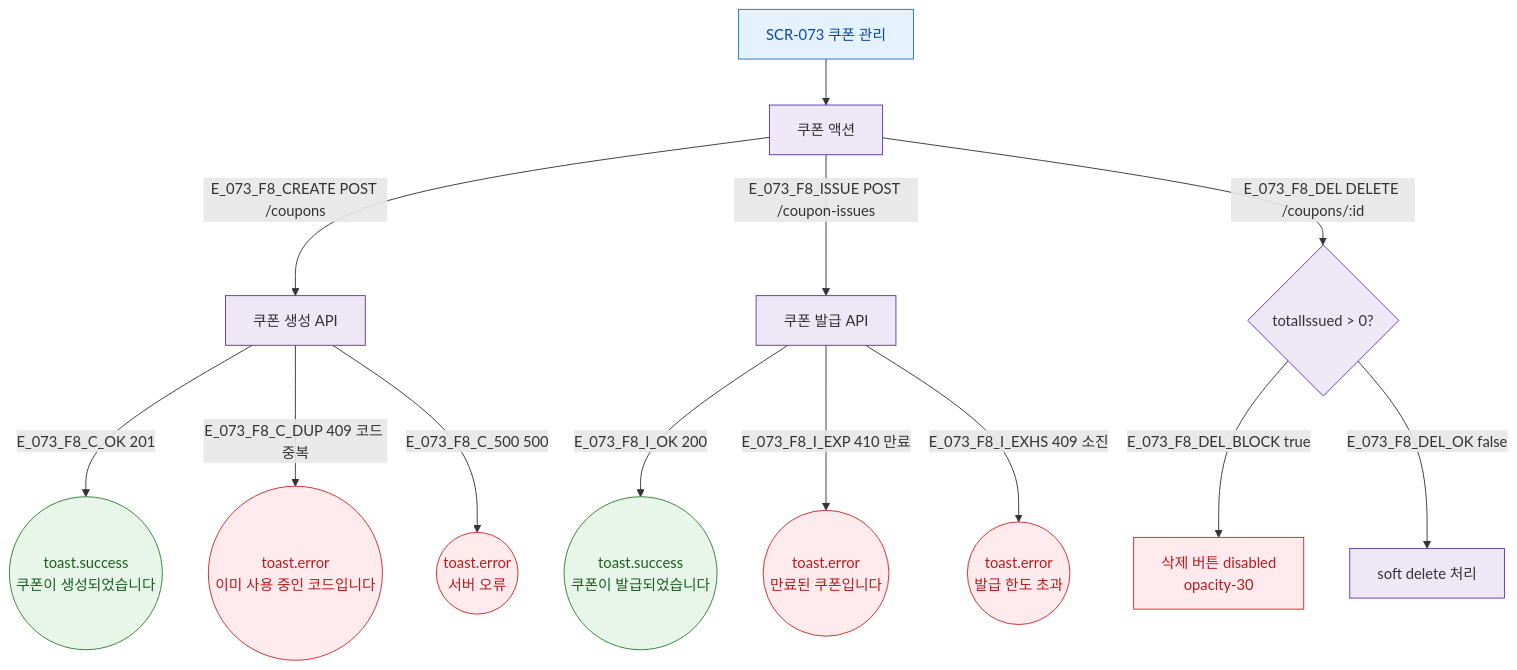
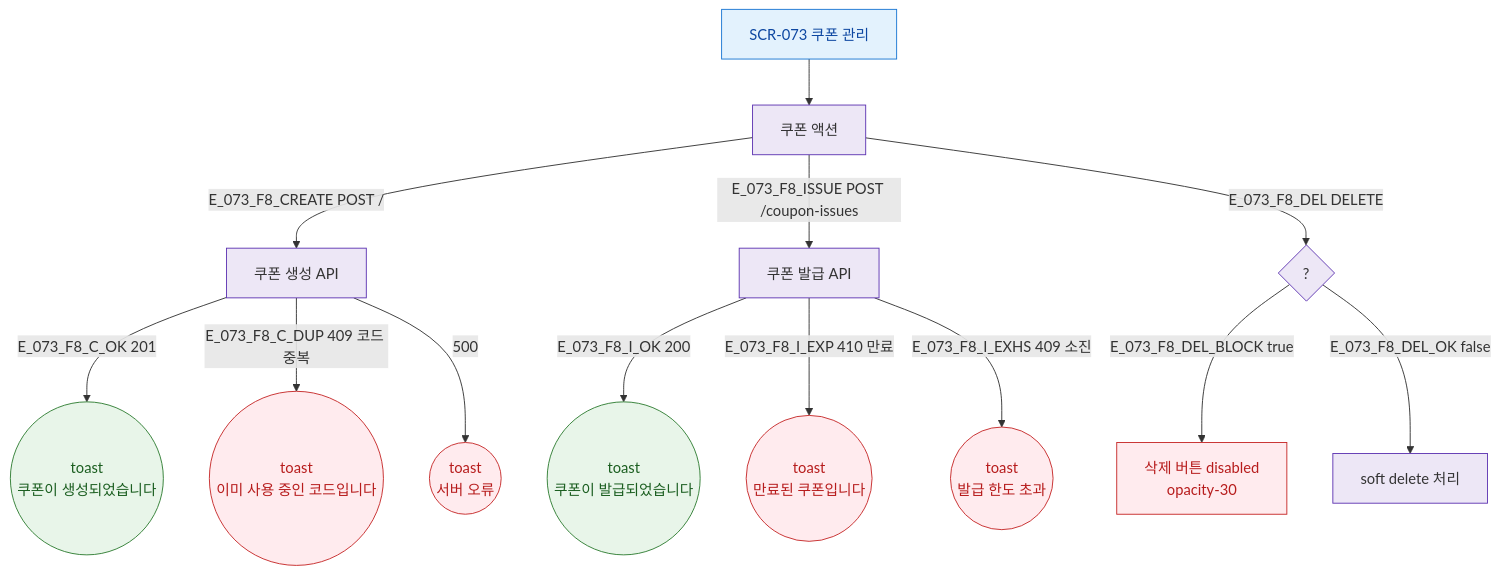
One commit to dev-spogym/admin-pando changed the diagram in docs/다이어그램/D08_마케팅/SCR-073_쿠폰관리/F8_에러예외.md. Above: the diagram before and after it, drawn with Mermaid. The commit also changed other lines of this file and 1660 other files, not shown here.

First line of the commit message:
다이어그램: 기획자/클라이언트 납품본으로 정리

````diff
--- a/docs/다이어그램/D08_마케팅/SCR-073_쿠폰관리/F8_에러예외.md
+++ b/docs/다이어그램/D08_마케팅/SCR-073_쿠폰관리/F8_에러예외.md
@@ -14,29 +12,29 @@
 ```mermaid
 flowchart TD
   SCR_073[SCR-073 쿠폰 관리] --> ACT[쿠폰 액션]
 
-  ACT -->|E_073_F8_CREATE POST /coupons| API_C[쿠폰 생성 API]
-  ACT -->|E_073_F8_ISSUE POST /coupon-issues| API_I[쿠폰 발급 API]
-  ACT -->|"E_073_F8_DEL DELETE /coupons/:id"| DEL_CHECK{totalIssued > 0?}
+  ACT -->|E_073_F8_CREATE POST /|API_C[쿠폰 생성 API]
+  ACT -->|E_073_F8_ISSUE POST /coupon-issues|API_I[쿠폰 발급 API]
+  ACT -->|"E_073_F8_DEL DELETE "|DEL_CHECK{?}
 
-  API_C -->|E_073_F8_C_OK 201| T_OK((toast.success\n쿠폰이 생성되었습니다))
-  API_C -->|E_073_F8_C_DUP 409 코드 중복| T_DUP((toast.error\n이미 사용 중인 코드입니다))
-  API_C -->|E_073_F8_C_500 500| T_ERR((toast.error\n서버 오류))
+  API_C -->|E_073_F8_C_OK 201|T_OK((toast\n쿠폰이 생성되었습니다))
+  API_C -->|E_073_F8_C_DUP 409 코드 중복|T_DUP((toast\n이미 사용 중인 코드입니다))
+  API_C -->|500|T_ERR((toast\n서버 오류))
 
-  API_I -->|E_073_F8_I_OK 200| T_ISSUE((toast.success\n쿠폰이 발급되었습니다))
-  API_I -->|E_073_F8_I_EXP 410 만료| T_EXP((toast.error\n만료된 쿠폰입니다))
-  API_I -->|E_073_F8_I_EXHS 409 소진| T_EXHS((toast.error\n발급 한도 초과))
+  API_I -->|E_073_F8_I_OK 200|T_ISSUE((toast\n쿠폰이 발급되었습니다))
+  API_I -->|E_073_F8_I_EXP 410 만료|T_EXP((toast\n만료된 쿠폰입니다))
+  API_I -->|E_073_F8_I_EXHS 409 소진|T_EXHS((toast\n발급 한도 초과))
 
-  DEL_CHECK -->|E_073_F8_DEL_BLOCK true| T_DISABLED[삭제 버튼 disabled\nopacity-30]
-  DEL_CHECK -->|E_073_F8_DEL_OK false| SOFT_DEL[soft delete 처리]
+  DEL_CHECK -->|E_073_F8_DEL_BLOCK true|T_DISABLED[삭제 버튼 disabled\nopacity-30]
+  DEL_CHECK -->|E_073_F8_DEL_OK false|SOFT_DEL[soft delete 처리]
 
-  classDef screen      fill:#E3F2FD,stroke:#1976D2,color:#0D47A1
-  classDef success     fill:#E8F5E9,stroke:#2E7D32,color:#1B5E20
-  classDef error       fill:#FFEBEE,stroke:#C62828,color:#B71C1C
-  classDef system      fill:#EDE7F6,stroke:#5E35B2
+  classDef screen fill:#E3F2FD,stroke:#1976D2,color:#0D47A1
+  classDef success fill:#E8F5E9,stroke:#2E7D32,color:#1B5E20
+  classDef error fill:#FFEBEE,stroke:#C62828,color:#B71C1C
+  classDef system fill:#EDE7F6,stroke:#5E35B2
 
   class SCR_073 screen
   class T_OK,T_ISSUE success
   class T_DUP,T_ERR,T_EXP,T_EXHS,T_DISABLED error
   class API_C,API_I,DEL_CHECK,SOFT_DEL,ACT system
 ```
````
